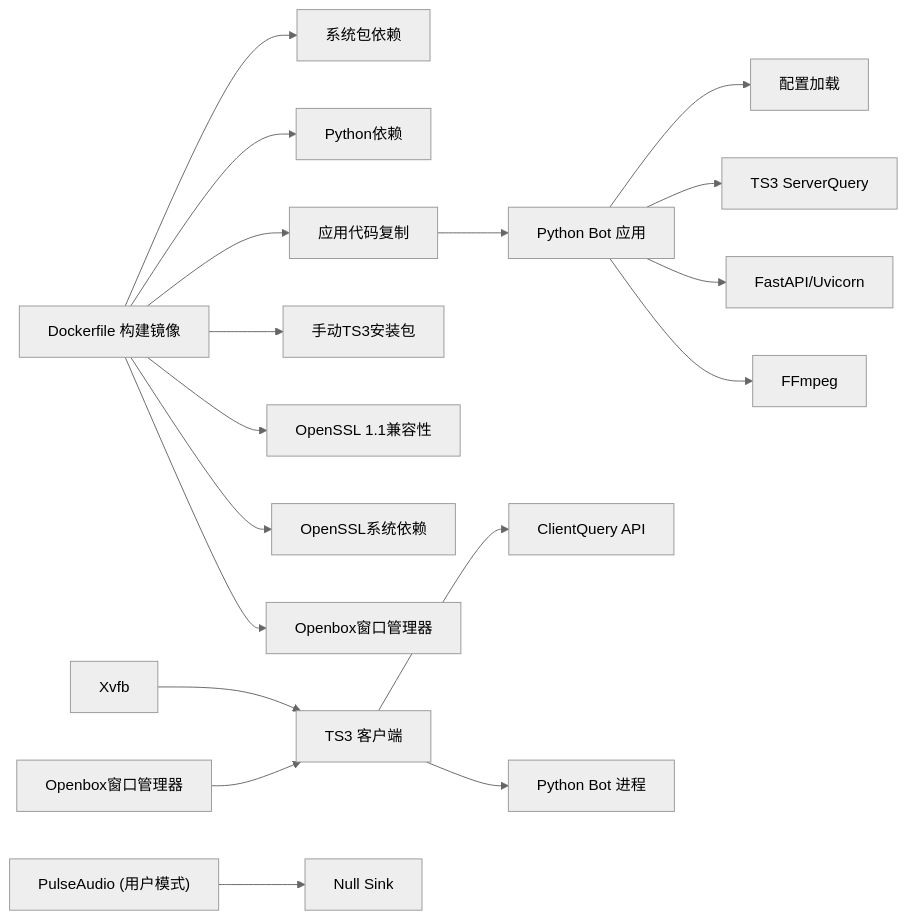
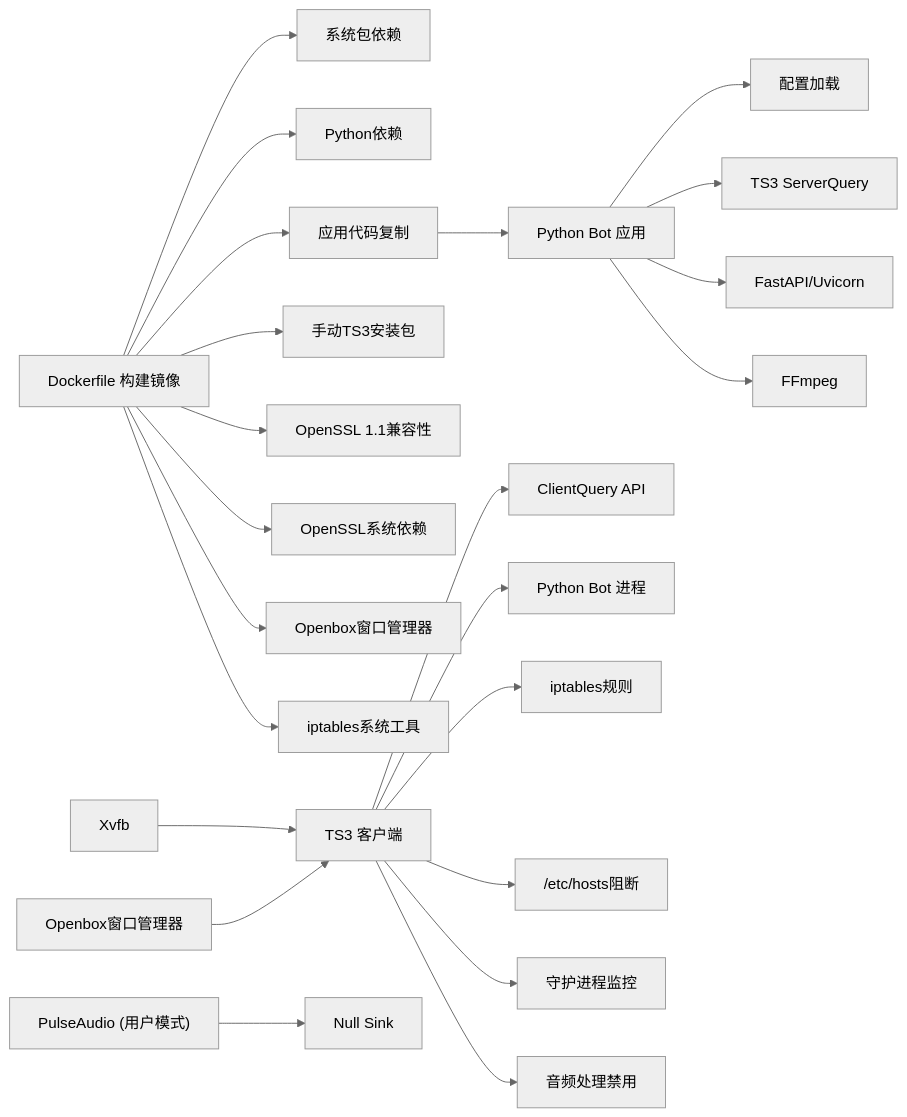
The third of 3 diagrams in .qoder/repowiki/zh/content/部署和运维/Docker容器化部署.md (GhoulOwl/Teamspeak3_Bot), drawn with Mermaid (neutral theme) before and after one commit. The commit also changed other lines of this file and 13 other files, not shown here.

````diff
--- a/.qoder/repowiki/zh/content/部署和运维/Docker容器化部署.md
+++ b/.qoder/repowiki/zh/content/部署和运维/Docker容器化部署.md
@@ -302,20 +337,25 @@
 ```mermaid
 graph LR
 Dockerfile["Dockerfile 构建镜像"] --> SysPkgs["系统包依赖"]
 Dockerfile --> PyDeps["Python依赖"]
 Dockerfile --> AppCopy["应用代码复制"]
 Dockerfile --> TS3Manual["手动TS3安装包"]
 Dockerfile --> OpenSSLCompat["OpenSSL 1.1兼容性"]
 Dockerfile --> OpenSSLDep["OpenSSL系统依赖"]
 Dockerfile --> OpenboxWM["Openbox窗口管理器"]
+Dockerfile --> IptablesDep["iptables系统工具"]
 AppCopy --> Bot["Python Bot 应用"]
 Bot --> Config["配置加载"]
 Bot --> TS3["TS3 ServerQuery"]
 Bot --> Webhook["FastAPI/Uvicorn"]
 Bot --> FFmpeg["FFmpeg"]
 Xvfb["Xvfb"] --> TS3Client["TS3 客户端"]
 Openbox["Openbox窗口管理器"] --> TS3Client
 Pulse["PulseAudio (用户模式)"] --> NullSink["Null Sink"]
 TS3Client --> ClientQuery["ClientQuery API"]
 TS3Client --> BotProc["Python Bot 进程"]
+TS3Client --> IptablesRules["iptables规则"]
+TS3Client --> HostsBlock["/etc/hosts阻断"]
+TS3Client --> Watchdog["守护进程监控"]
+TS3Client --> AudioDisable["音频处理禁用"]
 ```
````
